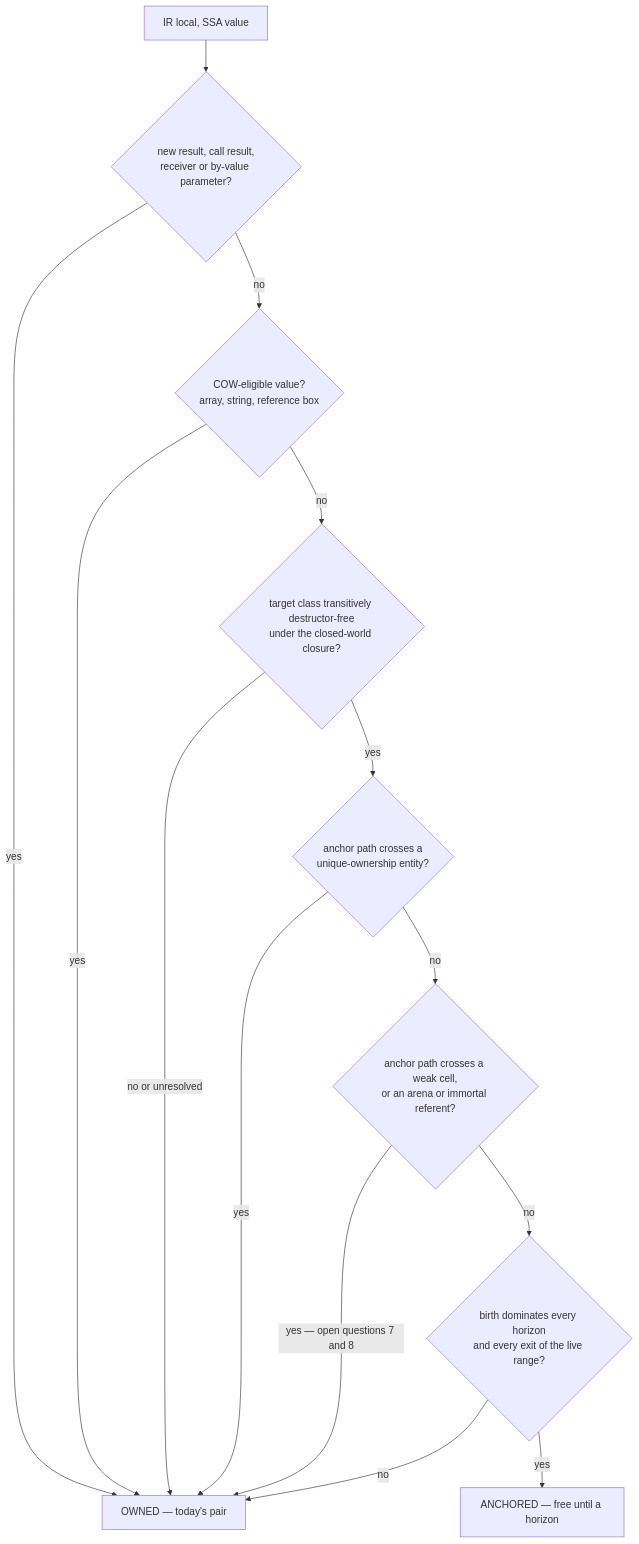
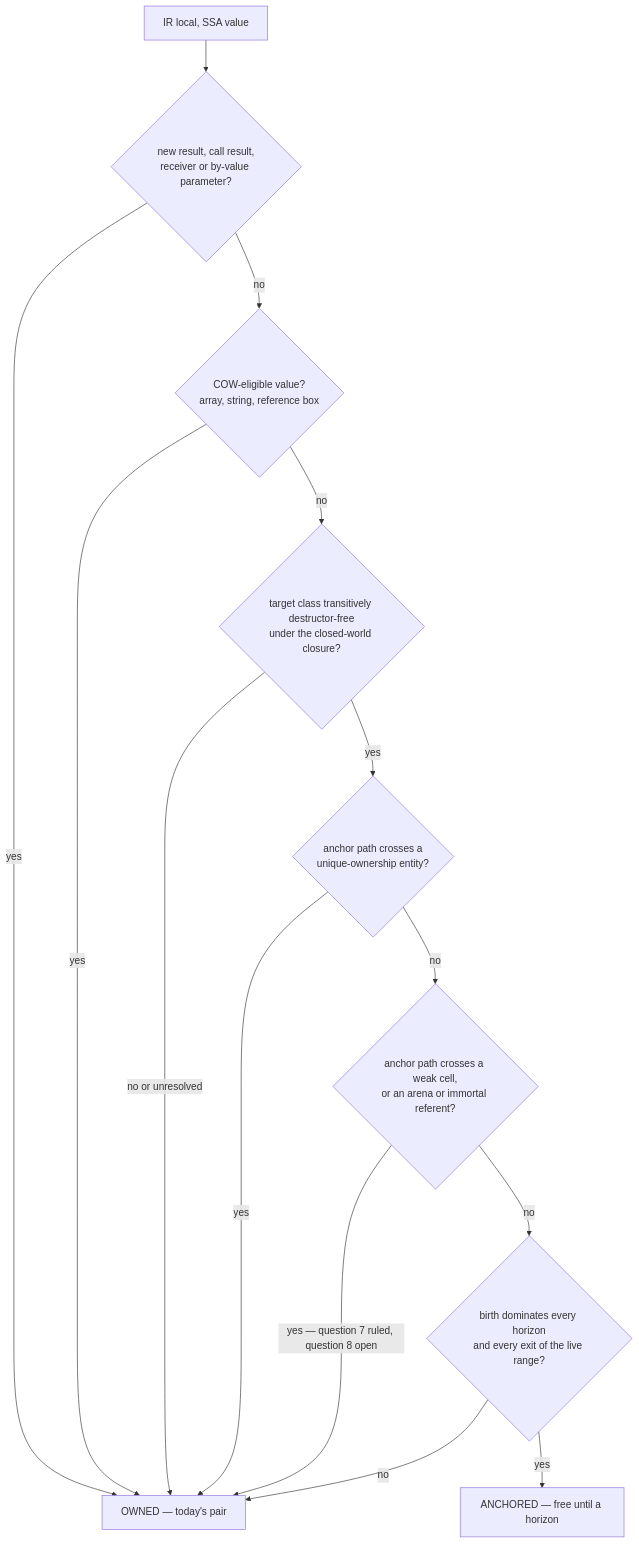
One commit to limelight-lang/rfc changed the first of 4 diagrams in model/gc/gc-horizon-states.md. Above: the diagram before and after it, drawn with Mermaid. The commit also changed other lines of this file and 3 other files, not shown here.

````diff
--- a/model/gc/gc-horizon-states.md
+++ b/model/gc/gc-horizon-states.md
@@ -118,16 +118,16 @@
 ```mermaid
 flowchart TD
     L["IR local, SSA value"] --> N{"new result, call result,<br/>receiver or by-value parameter?"}
     N -->|yes| O["OWNED — today's pair"]
     N -->|no| C{"COW-eligible value?<br/>array, string, reference box"}
     C -->|yes| O
     C -->|no| D{"target class transitively destructor-free<br/>under the closed-world closure?"}
     D -->|no or unresolved| O
     D -->|yes| U{"anchor path crosses a<br/>unique-ownership entity?"}
     U -->|yes| O
     U -->|no| W{"anchor path crosses a weak cell,<br/>or an arena or immortal referent?"}
-    W -->|"yes — open questions 7 and 8"| O
+    W -->|"yes — question 7 ruled, question 8 open"| O
     W -->|no| B{"birth dominates every horizon<br/>and every exit of the live range?"}
     B -->|no| O
     B -->|yes| A["ANCHORED — free until a horizon"]
 ```
````
